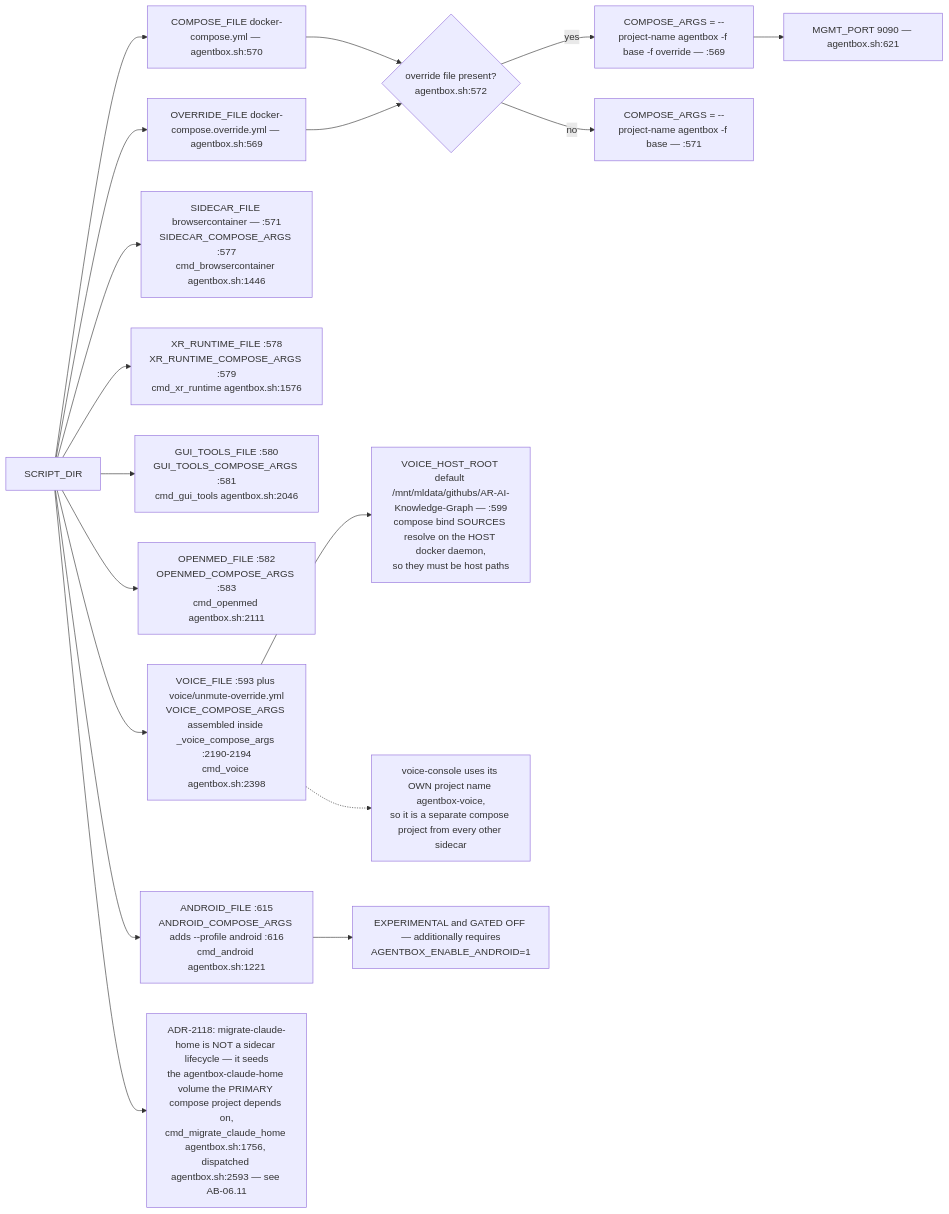
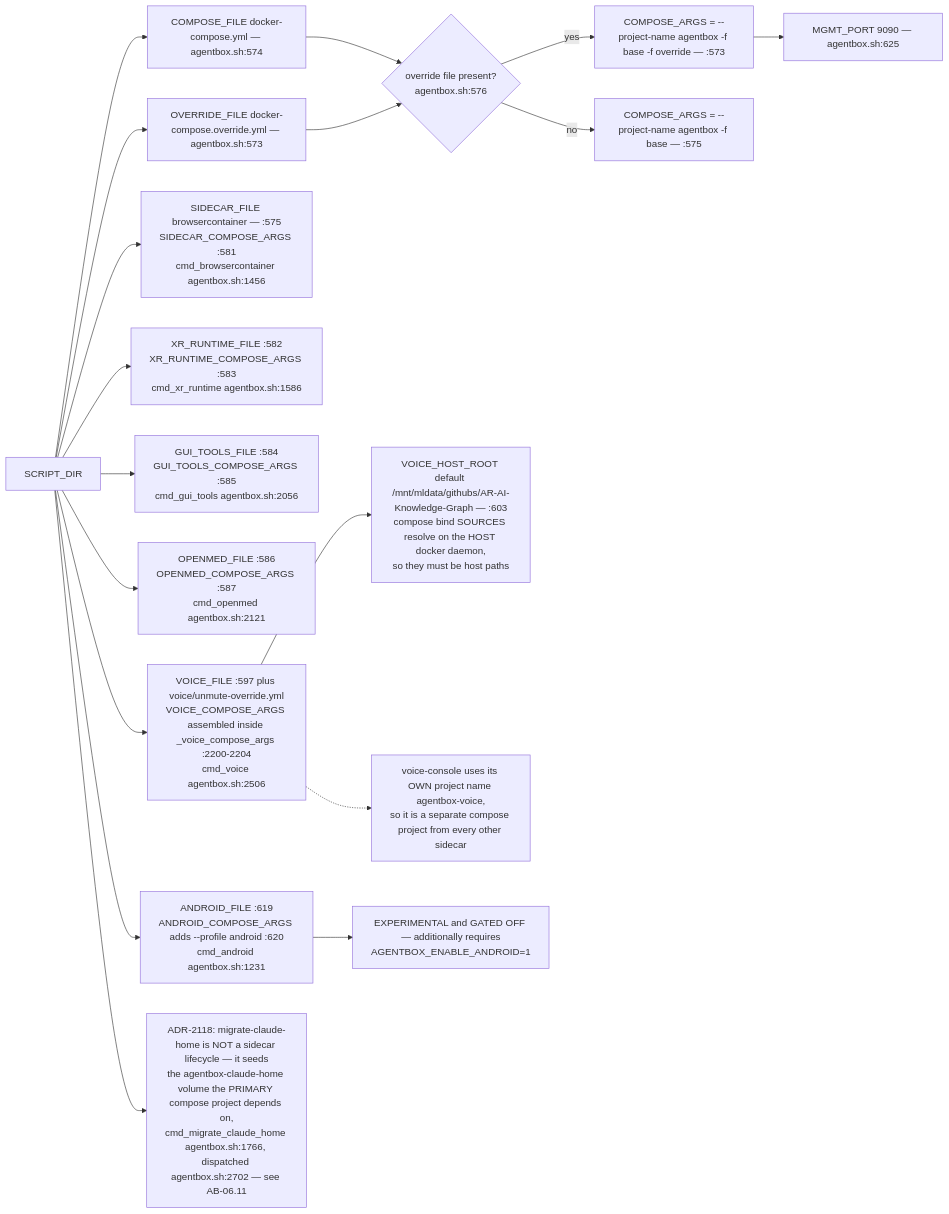
The sixth of 13 diagrams in docs/diagrams/agentbox/06-sidecars-and-compose-overlays.md (DreamLab-AI/VisionFlow), drawn with Mermaid before and after one commit. The commit also changed other lines of this file and 80 other files, not shown here.

First line of the commit message:
docs(diagrams): re-verify the agentbox, dreamlab, estate and visionflow corpus against current sources

````diff
--- a/docs/diagrams/agentbox/06-sidecars-and-compose-overlays.md
+++ b/docs/diagrams/agentbox/06-sidecars-and-compose-overlays.md
@@ -197,20 +197,20 @@
 ```mermaid
 flowchart LR
-    SD["SCRIPT_DIR"] --> A1["COMPOSE_FILE docker-compose.yml — agentbox.sh:570"]
-    SD --> A2["OVERRIDE_FILE docker-compose.override.yml — agentbox.sh:569"]
-    A1 --> CA{"override file present?<br/>agentbox.sh:572"}
+    SD["SCRIPT_DIR"] --> A1["COMPOSE_FILE docker-compose.yml — agentbox.sh:574"]
+    SD --> A2["OVERRIDE_FILE docker-compose.override.yml — agentbox.sh:573"]
+    A1 --> CA{"override file present?<br/>agentbox.sh:576"}
     A2 --> CA
-    CA -->|yes| CA1["COMPOSE_ARGS = --project-name agentbox -f base -f override — :569"]
-    CA -->|no| CA2["COMPOSE_ARGS = --project-name agentbox -f base — :571"]
-    SD --> S1["SIDECAR_FILE browsercontainer — :571<br/>SIDECAR_COMPOSE_ARGS :577<br/>cmd_browsercontainer agentbox.sh:1446"]
-    SD --> S2["XR_RUNTIME_FILE :578<br/>XR_RUNTIME_COMPOSE_ARGS :579<br/>cmd_xr_runtime agentbox.sh:1576"]
-    SD --> S3["GUI_TOOLS_FILE :580<br/>GUI_TOOLS_COMPOSE_ARGS :581<br/>cmd_gui_tools agentbox.sh:2046"]
-    SD --> S4["OPENMED_FILE :582<br/>OPENMED_COMPOSE_ARGS :583<br/>cmd_openmed agentbox.sh:2111"]
-    SD --> S5["VOICE_FILE :593 plus voice/unmute-override.yml<br/>VOICE_COMPOSE_ARGS assembled inside _voice_compose_args :2190-2194<br/>cmd_voice agentbox.sh:2398"]
-    SD --> S6["ANDROID_FILE :615<br/>ANDROID_COMPOSE_ARGS adds --profile android :616<br/>cmd_android agentbox.sh:1221"]
-    S5 --> VH["VOICE_HOST_ROOT default /mnt/mldata/githubs/AR-AI-Knowledge-Graph — :599<br/>compose bind SOURCES resolve on the HOST docker daemon,<br/>so they must be host paths"]
+    CA -->|yes| CA1["COMPOSE_ARGS = --project-name agentbox -f base -f override — :573"]
+    CA -->|no| CA2["COMPOSE_ARGS = --project-name agentbox -f base — :575"]
+    SD --> S1["SIDECAR_FILE browsercontainer — :575<br/>SIDECAR_COMPOSE_ARGS :581<br/>cmd_browsercontainer agentbox.sh:1456"]
+    SD --> S2["XR_RUNTIME_FILE :582<br/>XR_RUNTIME_COMPOSE_ARGS :583<br/>cmd_xr_runtime agentbox.sh:1586"]
+    SD --> S3["GUI_TOOLS_FILE :584<br/>GUI_TOOLS_COMPOSE_ARGS :585<br/>cmd_gui_tools agentbox.sh:2056"]
+    SD --> S4["OPENMED_FILE :586<br/>OPENMED_COMPOSE_ARGS :587<br/>cmd_openmed agentbox.sh:2121"]
+    SD --> S5["VOICE_FILE :597 plus voice/unmute-override.yml<br/>VOICE_COMPOSE_ARGS assembled inside _voice_compose_args :2200-2204<br/>cmd_voice agentbox.sh:2506"]
+    SD --> S6["ANDROID_FILE :619<br/>ANDROID_COMPOSE_ARGS adds --profile android :620<br/>cmd_android agentbox.sh:1231"]
+    S5 --> VH["VOICE_HOST_ROOT default /mnt/mldata/githubs/AR-AI-Knowledge-Graph — :603<br/>compose bind SOURCES resolve on the HOST docker daemon,<br/>so they must be host paths"]
     S6 --> AG["EXPERIMENTAL and GATED OFF — additionally requires<br/>AGENTBOX_ENABLE_ANDROID=1"]
-    CA1 --> MGMT["MGMT_PORT 9090 — agentbox.sh:621"]
+    CA1 --> MGMT["MGMT_PORT 9090 — agentbox.sh:625"]
     S5 -.-> VNOTE["voice-console uses its OWN project name agentbox-voice,<br/>so it is a separate compose project from every other sidecar"]
-    SD --> S7["ADR-2118: migrate-claude-home is NOT a sidecar lifecycle — it seeds<br/>the agentbox-claude-home volume the PRIMARY compose project depends on,<br/>cmd_migrate_claude_home agentbox.sh:1756, dispatched agentbox.sh:2593 — see AB-06.11"]
+    SD --> S7["ADR-2118: migrate-claude-home is NOT a sidecar lifecycle — it seeds<br/>the agentbox-claude-home volume the PRIMARY compose project depends on,<br/>cmd_migrate_claude_home agentbox.sh:1766, dispatched agentbox.sh:2702 — see AB-06.11"]
 ```
````
